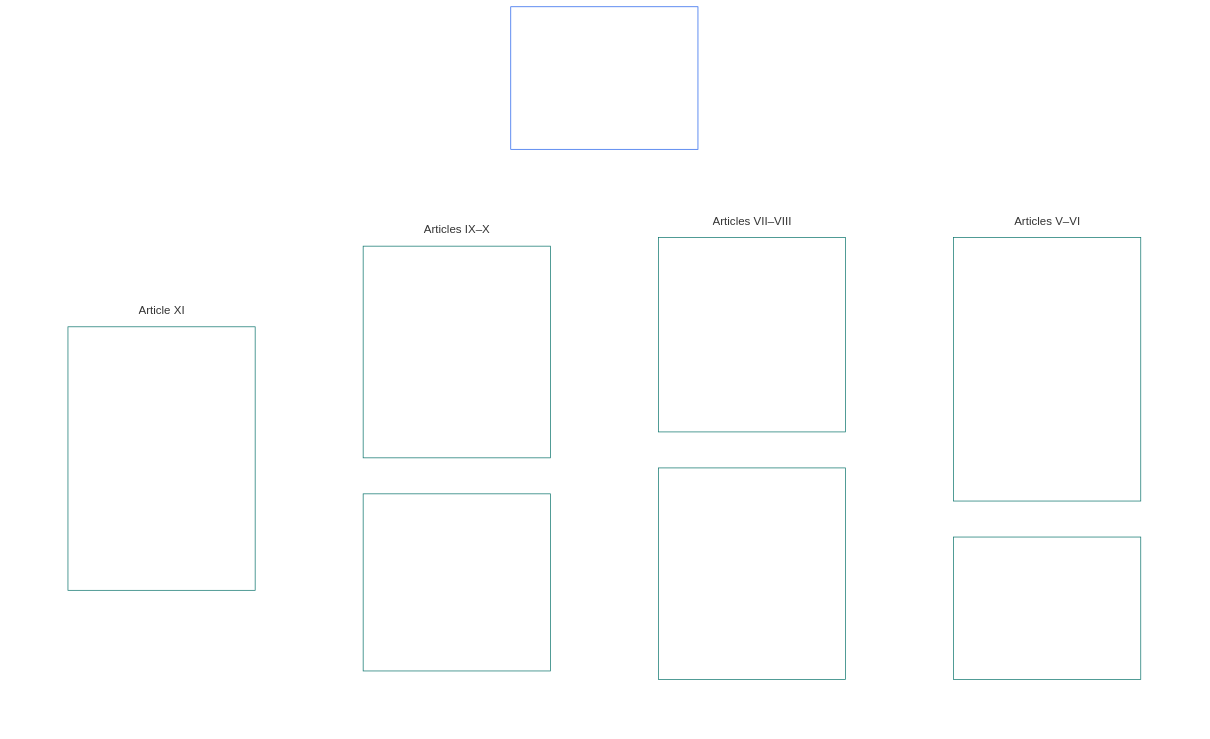
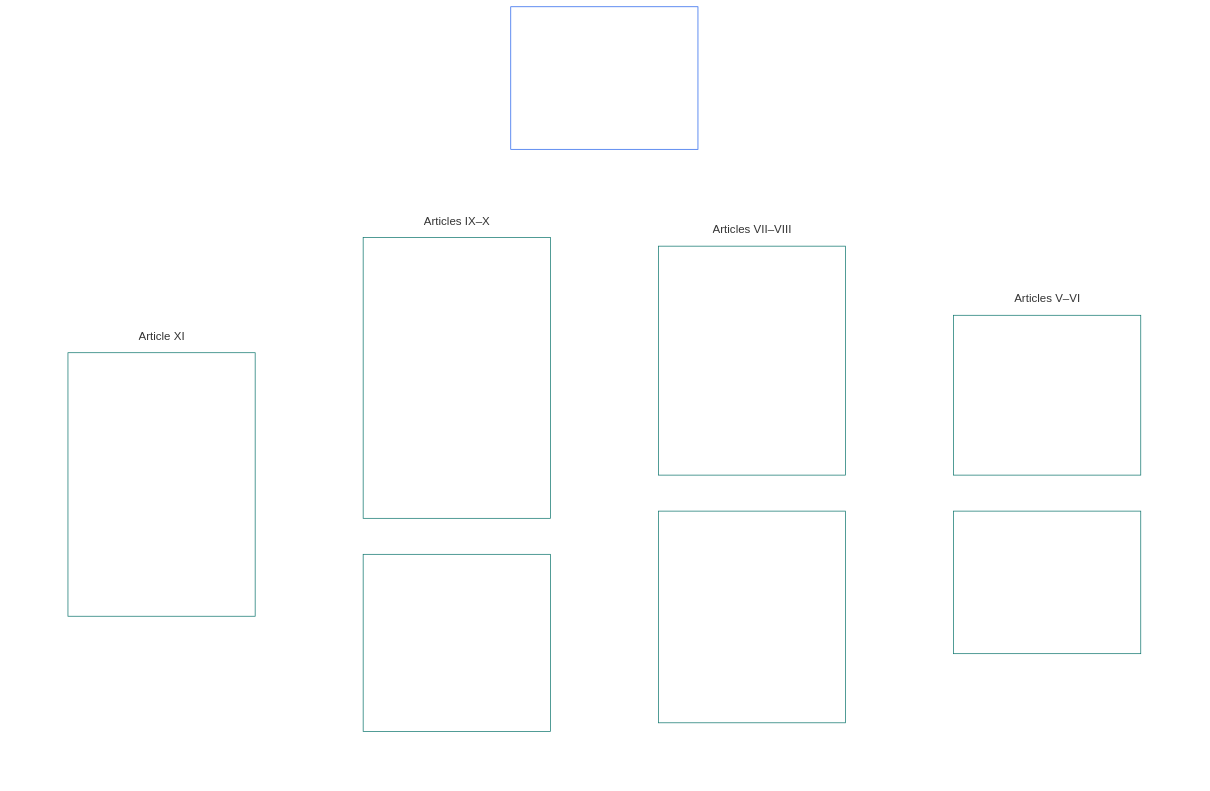
One commit to kfoelsch/Sentient_Constitution changed the sixth of 21 diagrams in guides/CONCEPTUAL_OVERVIEW.md. Above: the diagram before and after it, drawn with Mermaid. The commit also changed other lines of this file and 95 other files, not shown here.

````diff
--- a/guides/CONCEPTUAL_OVERVIEW.md
+++ b/guides/CONCEPTUAL_OVERVIEW.md
@@ -260,40 +260,40 @@
 ```mermaid
 flowchart TB
     B0["Part B<br/><br/>Personhood, education capability, agency,<br/>cooperation, and stakeholder system participation"]
     subgraph Bgrid[" "]
         direction TB
         subgraph Brow1["Articles V–VI"]
             direction LR
-            B1["Article V · Equal Basic Rights<br/><br/>• Dignity and equal standing<br/>• Nondiscrimination<br/>• Inclusion in adjudication and operations<br/>• Conscience and worldview<br/>• Sentience-status adjudication<br/>• Developing sentients<br/>• Accessibility<br/>• Expression, assembly, and press"]
+            B1["Article V · Equal Basic Rights<br/><br/>• Dignity and equal standing<br/>• Sentience-status adjudication<br/>• Nondiscrimination<br/>• Accessibility"]
             B2["Article VI · Sentient-Centered Education<br/><br/>• Capability-building education<br/>• Lifelong adaptive learning<br/>• Contestability"]
         end
         subgraph Brow2["Articles VII–VIII"]
             direction LR
-            B3["Article VII · Self-Ownership<br/><br/>• Body and mind<br/>• Internal-state boundary<br/>• Mental-health crisis and intervention<br/>• Family, care, and reproduction<br/>• Voluntary discontinuation of one's own existence"]
+            B3["Article VII · Self-Ownership<br/><br/>• Body and mind<br/>• Internal-state boundary<br/>• Mental-health crisis and intervention<br/>• Family, care, and reproduction<br/>• Developing sentients and best interest<br/>• Voluntary discontinuation of one's own existence"]
             B4["Article VIII · Likeness, Experiential Data, and Publication<br/><br/>• Likeness and reputation<br/>• Experiential and derived data<br/>• Truthful and high-impact publication<br/>• Creative work and training data"]
         end
         subgraph Brow3["Articles IX–X"]
             direction LR
-            B5["Article IX · Self-Determination and Agency<br/><br/>• Freedom from manipulation<br/>• Stakeholder role and participation<br/>• Governance participation and voting<br/>• Inclusion and exclusion challenges"]
+            B5["Article IX · Self-Determination and Agency<br/><br/>• Freedom from manipulation<br/>• Stakeholder role and participation<br/>• Governance participation and voting<br/>• Inclusion and exclusion challenges<br/>• Institutional formation<br/>• Conscience and worldview<br/>• Expression, assembly, and press"]
             B6["Article X · Cooperative Interaction<br/><br/>• Non-imposition and consent<br/>• Collective harm boundary<br/>• Commercial sexual services and sexual exploitation"]
         end
         subgraph Brow4["Article XI"]
             direction LR
             B7["Article XI · Stakeholder Participation, Representation, and Due Process<br/><br/>• Participation and representation<br/>• Weighted participation constraints<br/>• Legitimacy and anti-token safeguards<br/>• Internal roles and due process<br/>• Non-capture safeguards"]
         end
     end
     B0 ~~~ Bgrid
     style Bgrid fill:none,stroke:none
     style Brow1 fill:none,stroke:none
     style Brow2 fill:none,stroke:none
     style Brow3 fill:none,stroke:none
     style Brow4 fill:none,stroke:none
     style B0 fill:none,stroke:#2563eb,color:#ffffff
     style B1 fill:none,stroke:#0f766e,color:#ffffff
     style B2 fill:none,stroke:#0f766e,color:#ffffff
     style B3 fill:none,stroke:#0f766e,color:#ffffff
     style B4 fill:none,stroke:#0f766e,color:#ffffff
     style B5 fill:none,stroke:#0f766e,color:#ffffff
     style B6 fill:none,stroke:#0f766e,color:#ffffff
     style B7 fill:none,stroke:#0f766e,color:#ffffff
 ```
````
